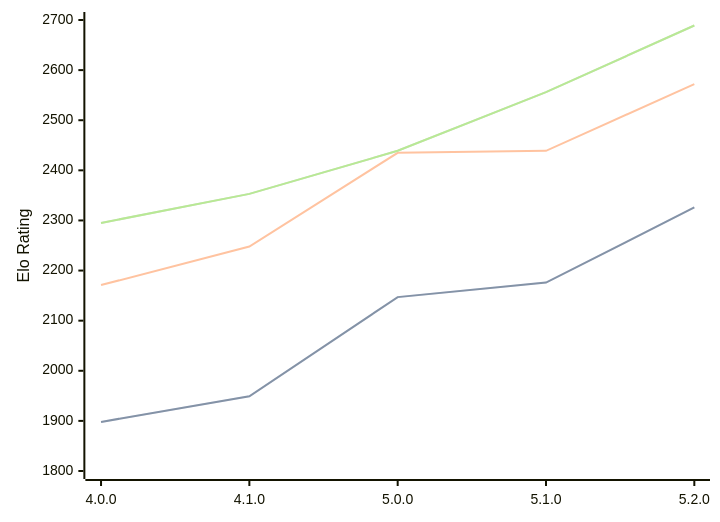
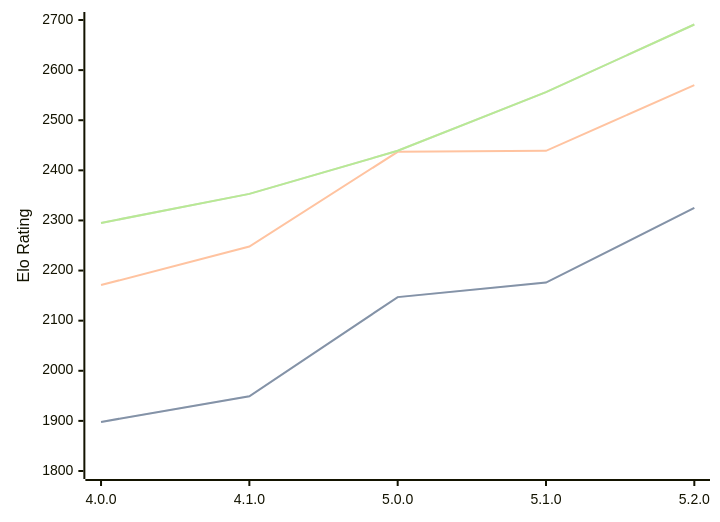
One commit to computer-chess-index/cci changed the diagram in engines/Aconcagua.md. Above: the diagram before and after it, drawn with Mermaid. The commit also changed other lines of this file, not shown here.

Commit message:
Update CCI Ratings (ELO VLTC) - 2026-07-20

````diff
--- a/engines/Aconcagua.md
+++ b/engines/Aconcagua.md
@@ -44,11 +44,11 @@
 ```mermaid
 %%{init: {"theme":"base","themeVariables":{"seriesColors:['#a3a3a3','#222221','#faa371']}}}%%
 xychart-beta
   x-axis ["4.0.0", "4.1.0", "5.0.0", "5.1.0", "5.2.0"]
   y-axis "Elo Rating" 1800 --> 2700
-  line "STC (8.0+0.08s)" [1898, 1949, 2147, 2176, 2326]
-  line "STC (8.0+0.08s)" [1898, 1949, 2147, 2176, 2326]
-  line "LTC (60.0+0.60s)" [2171, 2248, 2435, 2439, 2572]
-  line "VLTC (2m24s+1.12s)" [2295, 2353, 2439, 2556, 2689]
-  line "VLTC (2m24s+1.12s)" [2295, 2353, 2439, 2556, 2689]
+  line "STC (8.0+0.08s)" [1898, 1949, 2147, 2176, 2325]
+  line "STC (8.0+0.08s)" [1898, 1949, 2147, 2176, 2325]
+  line "LTC (60.0+0.60s)" [2171, 2248, 2437, 2439, 2570]
+  line "VLTC (2m24s+1.12s)" [2295, 2353, 2439, 2556, 2691]
+  line "VLTC (2m24s+1.12s)" [2295, 2353, 2439, 2556, 2691]
 ```
````
